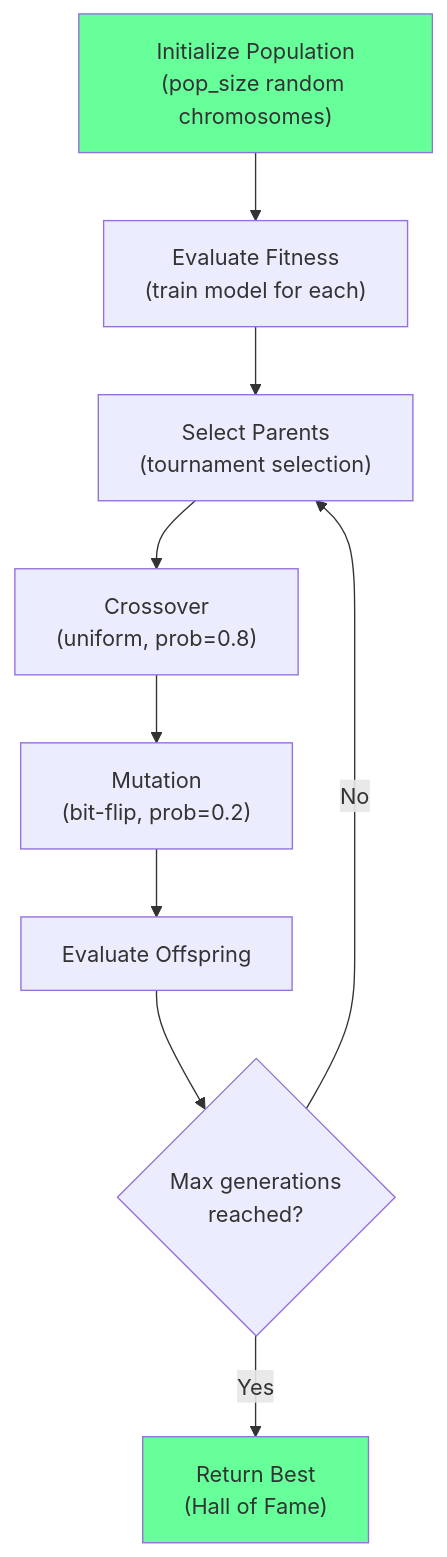
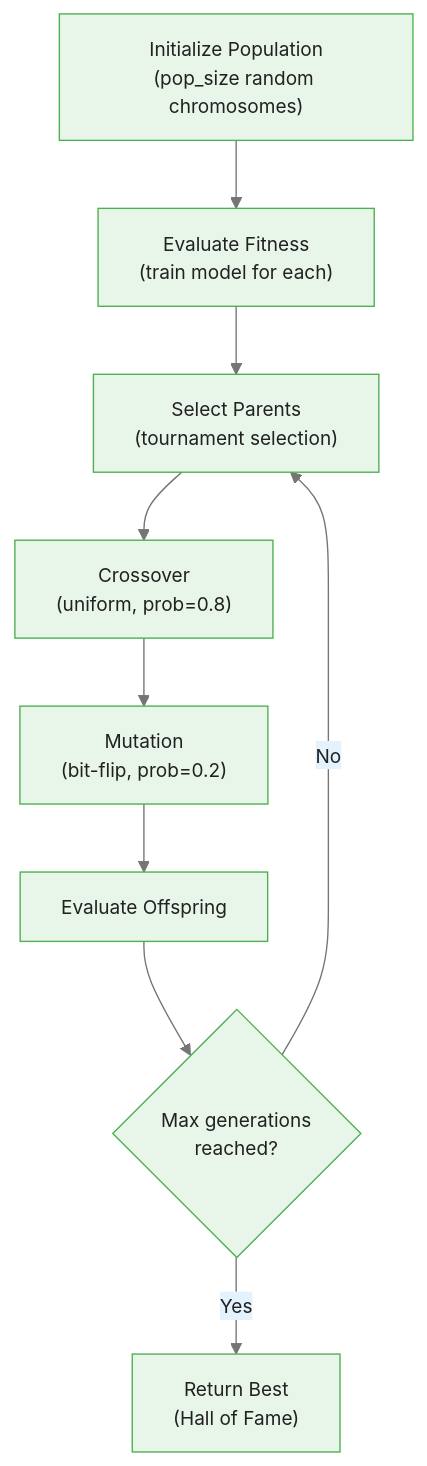
One commit to m-deane/course-creator changed the second of 2 diagrams in courses/genetic-algorithms-feature-selection/modules/module_04_implementation/guides/01_deap_implementation_slides.md. Above: the diagram before and after it, drawn with Mermaid. The commit also changed other lines of this file and 52 other files, not shown here.

````diff
--- a/courses/genetic-algorithms-feature-selection/modules/module_04_implementation/guides/01_deap_implementation_slides.md
+++ b/courses/genetic-algorithms-feature-selection/modules/module_04_implementation/guides/01_deap_implementation_slides.md
@@ -169,13 +169,12 @@
 ```mermaid
+%%{init: {"theme": "base", "themeVariables": {"primaryColor": "#e8f5e9", "primaryBorderColor": "#4caf50", "primaryTextColor": "#212121", "secondaryColor": "#e3f2fd", "tertiaryColor": "#fff8e1", "lineColor": "#757575", "fontFamily": "Inter, sans-serif", "fontSize": "14px"}}}%%
 flowchart TD
     A["Initialize Population<br/>(pop_size random chromosomes)"] --> B["Evaluate Fitness<br/>(train model for each)"]
     B --> C["Select Parents<br/>(tournament selection)"]
     C --> D["Crossover<br/>(uniform, prob=0.8)"]
     D --> E["Mutation<br/>(bit-flip, prob=0.2)"]
     E --> F["Evaluate Offspring"]
     F --> G{"Max generations<br/>reached?"}
     G -->|No| C
     G -->|Yes| H["Return Best<br/>(Hall of Fame)"]
-    style A fill:#6f9
-    style H fill:#6f9
 ```
````
